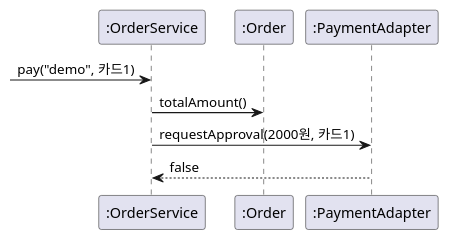
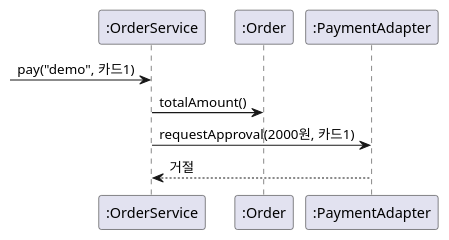
Before and after one commit to YoungSan77/TrainingMaterials: the fourth of 4 diagrams in courses/ai-native/sessions/s06.md, drawn with PlantUML. The commit also changed other lines of this file and 219 other files, not shown here.

````diff
--- a/courses/ai-native/sessions/s06.md
+++ b/courses/ai-native/sessions/s06.md
@@ -410,11 +415,11 @@
 ```plantuml:sequence
 @startuml
 participant ":OrderService" as V
 participant ":Order" as O
 participant ":PaymentAdapter" as PA
 [-> V : pay("demo", 카드1)
 V -> O : totalAmount()
 V -> PA : requestApproval(2000원, 카드1)
-PA --> V : false
+PA --> V : 거절
 @enduml
 ```
````
